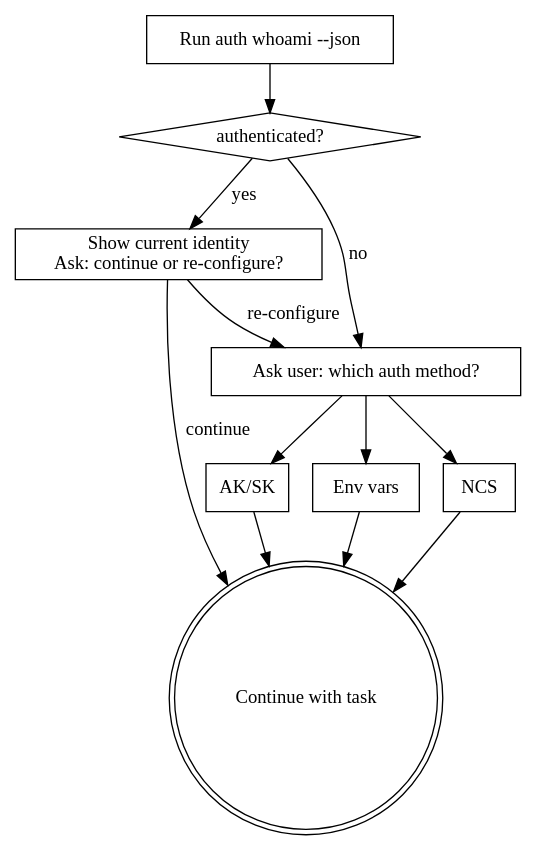
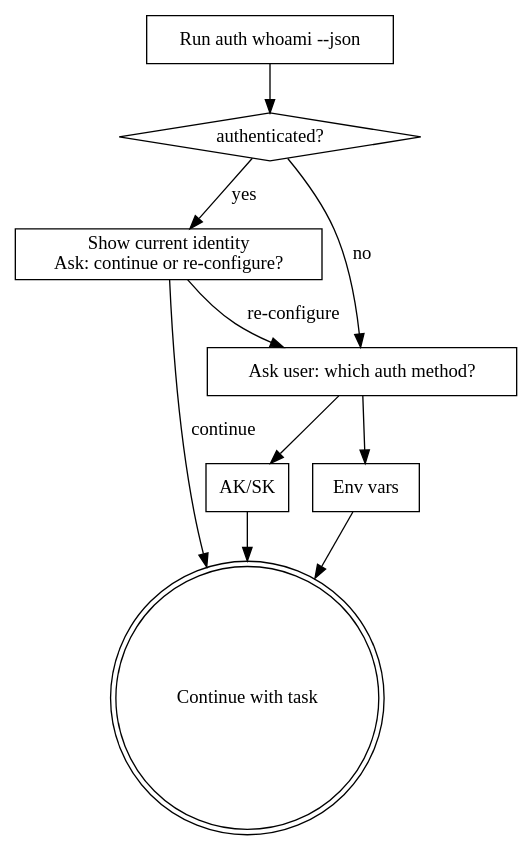
The diagram in skills/use-maxc-cli/SKILL.md (aliyun/aliyun-odps-console), drawn with Graphviz before and after one commit. The commit also changed other lines of this file and 15 other files, not shown here.

First line of the commit message:
fix: schema passthrough, describe truncation, NL2SQL SKILL — bump 0.1.2

````diff
--- a/skills/use-maxc-cli/SKILL.md
+++ b/skills/use-maxc-cli/SKILL.md
@@ -23,24 +23,21 @@
 ```dot
 digraph bootstrap {
     "Run auth whoami --json" [shape=box];
     "authenticated?" [shape=diamond];
     "Show current identity\nAsk: continue or re-configure?" [shape=box];
     "Continue with task" [shape=doublecircle];
     "Ask user: which auth method?" [shape=box];
     "AK/SK" [shape=box];
     "Env vars" [shape=box];
-    "NCS" [shape=box];
 
     "Run auth whoami --json" -> "authenticated?";
     "authenticated?" -> "Show current identity\nAsk: continue or re-configure?" [label="yes"];
     "authenticated?" -> "Ask user: which auth method?" [label="no"];
     "Show current identity\nAsk: continue or re-configure?" -> "Continue with task" [label="continue"];
     "Show current identity\nAsk: continue or re-configure?" -> "Ask user: which auth method?" [label="re-configure"];
     "Ask user: which auth method?" -> "AK/SK";
     "Ask user: which auth method?" -> "Env vars";
-    "Ask user: which auth method?" -> "NCS";
     "AK/SK" -> "Continue with task";
     "Env vars" -> "Continue with task";
-    "NCS" -> "Continue with task";
 }
 ```
````
